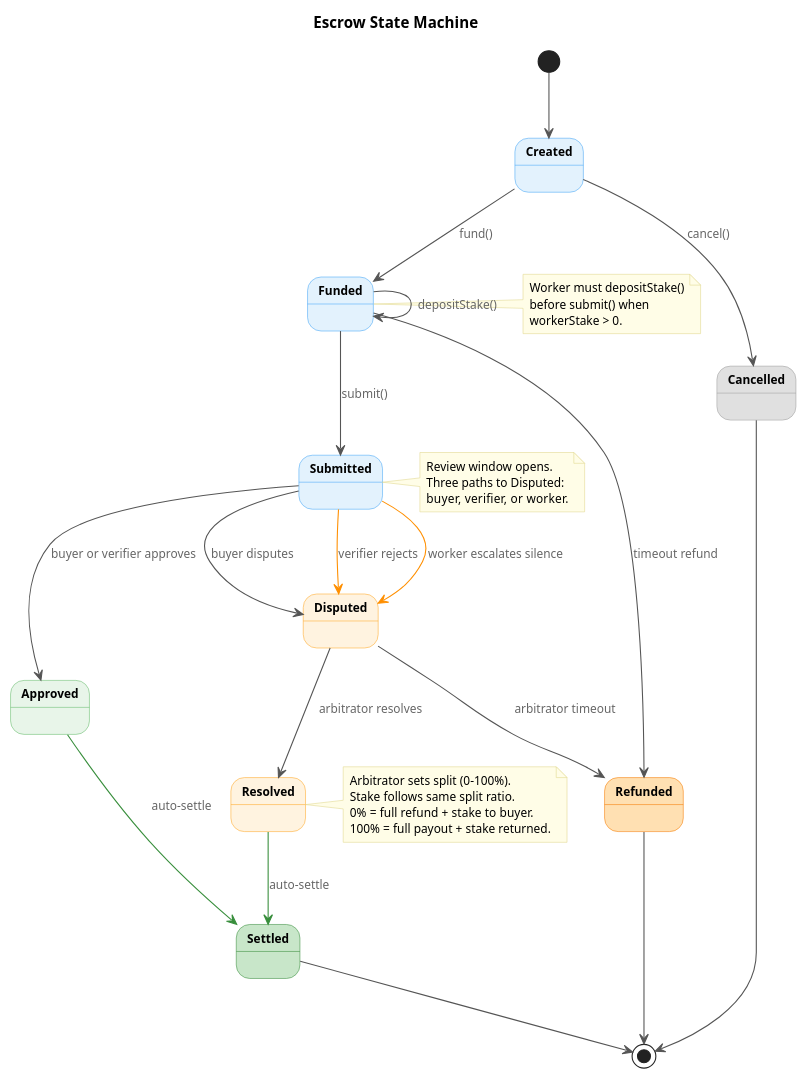
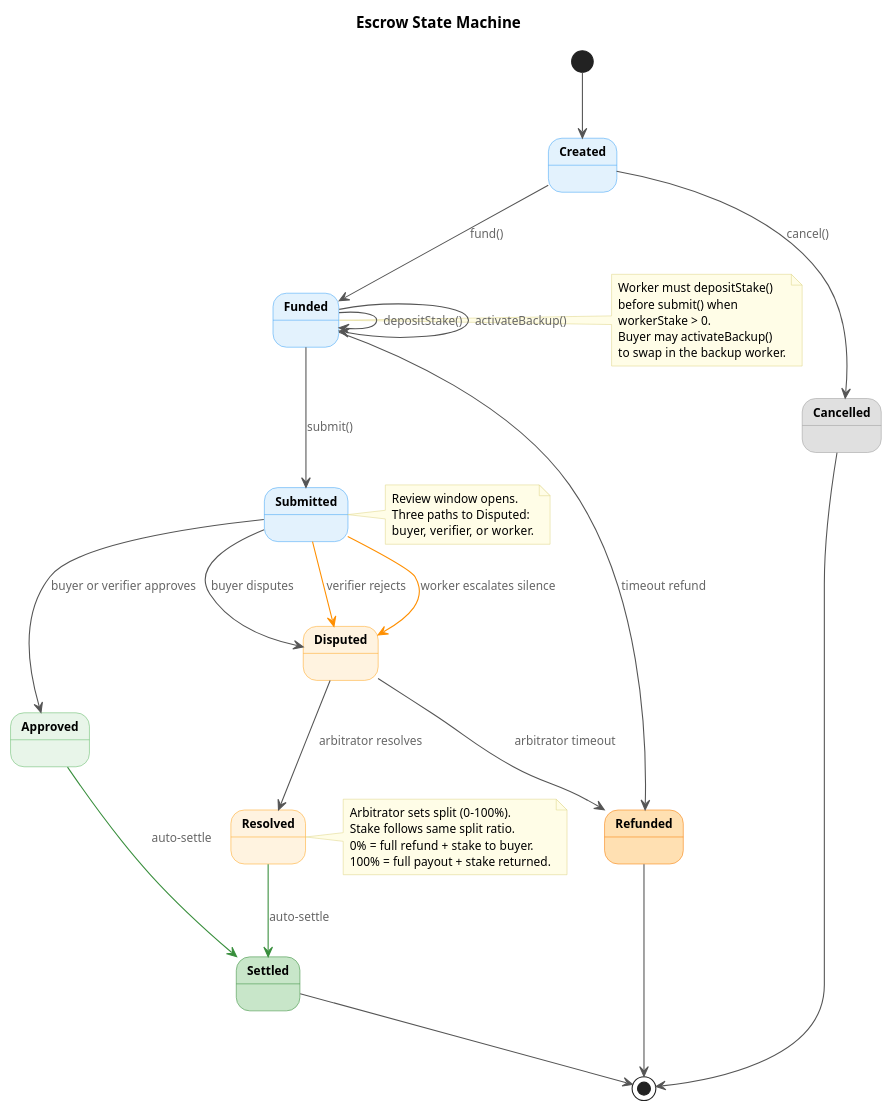
Before and after one commit to eddiefleurent/agent-escrow: the first of 2 diagrams in docs/diagrams/state-machine.puml, drawn with PlantUML. The commit also changed 31 other files, not shown here.

```diff
--- a/docs/diagrams/state-machine.puml
+++ b/docs/diagrams/state-machine.puml
@@ -1,78 +1,81 @@
 @startuml state-machine
 skinparam backgroundColor #FFFFFF
 skinparam defaultFontName "Helvetica"
 skinparam defaultFontSize 13
 skinparam shadowing false
 skinparam ArrowColor #555555
 skinparam ArrowFontSize 11
 skinparam ArrowFontColor #666666
 
 skinparam state {
   FontSize 14
   FontStyle bold
   AttributeFontSize 11
 }
 
 skinparam note {
   BackgroundColor #FFFDE7
   BorderColor #E0D68A
   FontSize 11
 }
 
 title Escrow State Machine
 
 state Created #E3F2FD ##42A5F5
 state Funded #E3F2FD ##42A5F5
 state Submitted #E3F2FD ##42A5F5
 state Approved #E8F5E9 ##66BB6A
 state Disputed #FFF3E0 ##FFA726
 state Resolved #FFF3E0 ##FFA726
 
 state Settled #C8E6C9 ##388E3C
 state Refunded #FFE0B2 ##F57C00
 state Cancelled #E0E0E0 ##9E9E9E
 
 [*] --> Created
 
 Created --> Funded : fund()
 Created --> Cancelled : cancel()
 
 Funded --> Funded : depositStake()
+Funded --> Funded : activateBackup()
 Funded --> Submitted : submit()
 Funded --> Refunded : timeout refund
 
 Submitted --> Approved : buyer or verifier approves
 Submitted --> Disputed : buyer disputes
 Submitted -[#FF8F00]-> Disputed : verifier rejects
 Submitted -[#FF8F00]-> Disputed : worker escalates silence
 
 Disputed --> Resolved : arbitrator resolves
 Disputed --> Refunded : arbitrator timeout
 
 Approved -[#388E3C]-> Settled : auto-settle
 Resolved -[#388E3C]-> Settled : auto-settle
 
 Cancelled --> [*]
 Refunded --> [*]
 Settled --> [*]
 
 note right of Funded
   Worker must depositStake()
   before submit() when
   workerStake > 0.
+  Buyer may activateBackup()
+  to swap in the backup worker.
 end note
 
 note right of Submitted
   Review window opens.
   Three paths to Disputed:
   buyer, verifier, or worker.
 end note
 
 note right of Resolved
   Arbitrator sets split (0-100%).
   Stake follows same split ratio.
   0% = full refund + stake to buyer.
   100% = full payout + stake returned.
 end note
 
 @enduml
```
